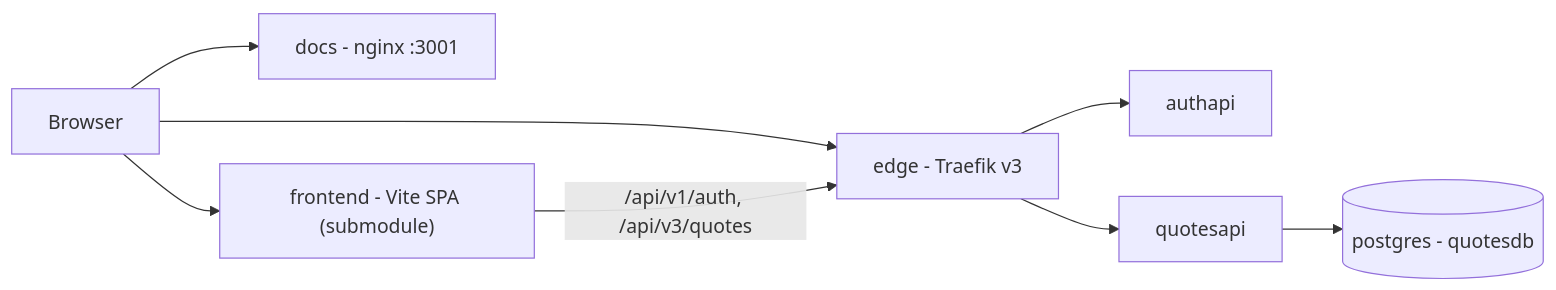
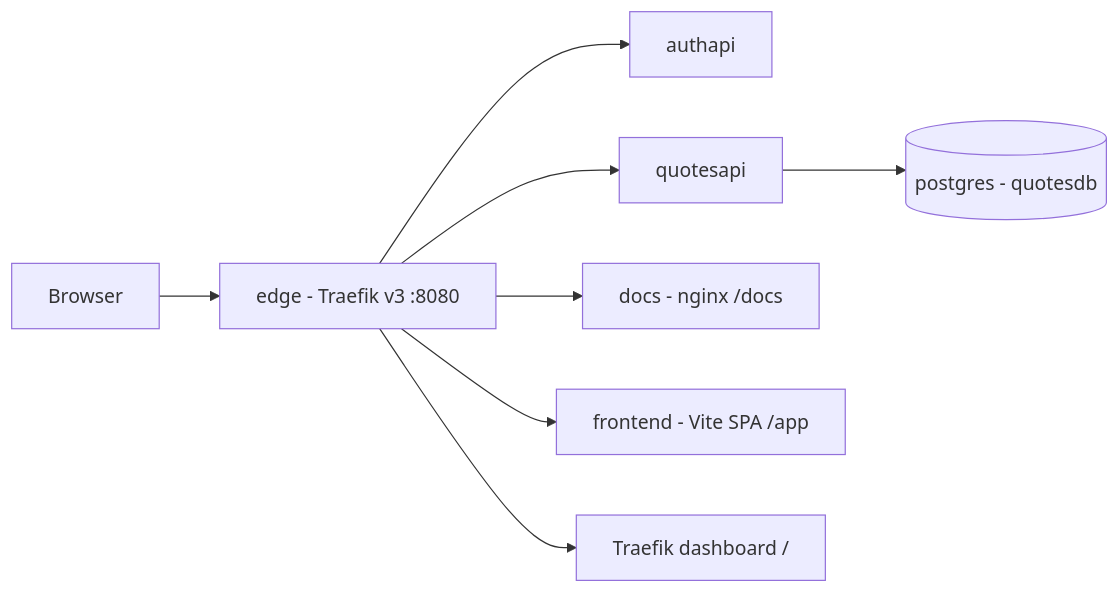
One commit to josnelihurt/code.examples.go.quotes changed the first of 3 diagrams in docs/system-design.md. Above: the diagram before and after it, drawn with Mermaid. The commit also changed other lines of this file and 11 other files, not shown here.

First line of the commit message:
feat: route docs pgweb and spa through one traefik port (#38)

````diff
--- a/docs/system-design.md
+++ b/docs/system-design.md
@@ -13,18 +13,19 @@
 ```mermaid
 flowchart LR
   user["Browser"]
-  edge["edge - Traefik v3"]
+  edge["edge - Traefik v3 :8080"]
   auth["authapi"]
   quotes["quotesapi"]
   pg[("postgres - quotesdb")]
-  site["docs - nginx :3001"]
-  spa["frontend - Vite SPA (submodule)"]
+  site["docs - nginx /docs"]
+  spa["frontend - Vite SPA /app"]
+  dash["Traefik dashboard /"]
 
-  user --> spa
-  user --> site
   user --> edge
-  spa -->|"/api/v1/auth, /api/v3/quotes"| edge
   edge --> auth
   edge --> quotes
+  edge --> site
+  edge --> spa
+  edge --> dash
   quotes --> pg
 ```
````
